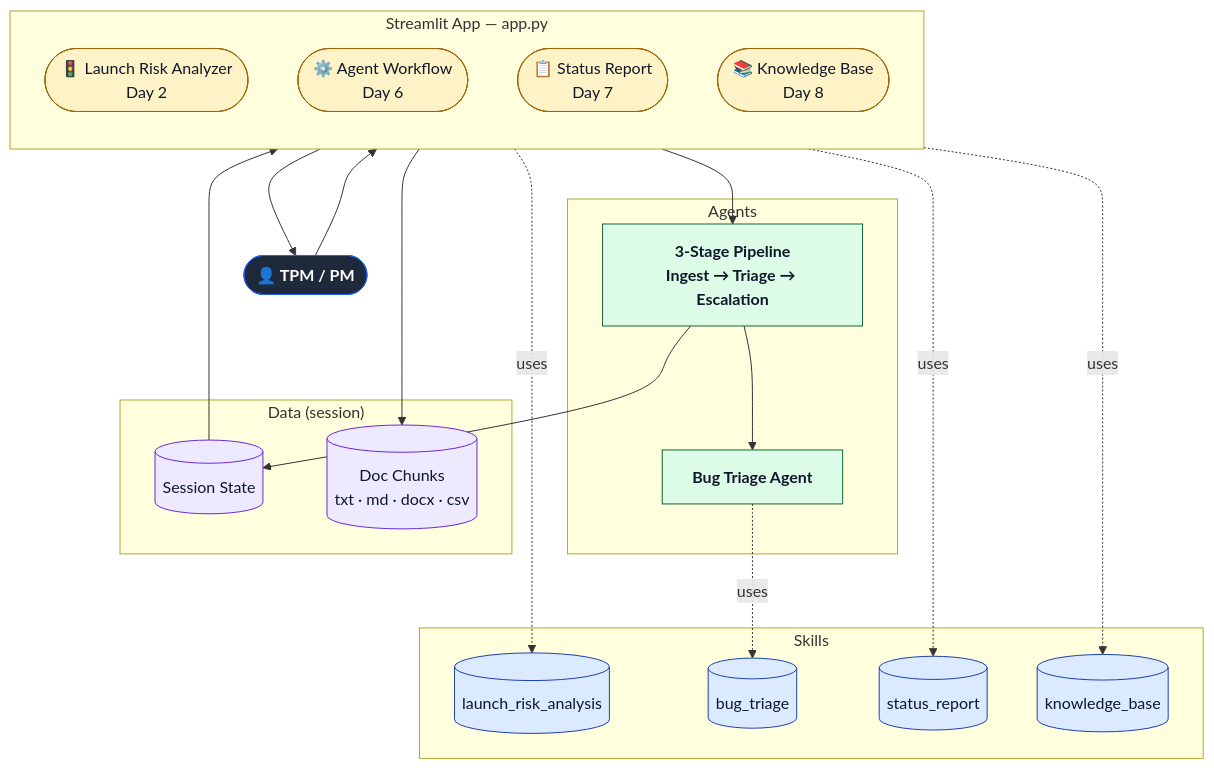
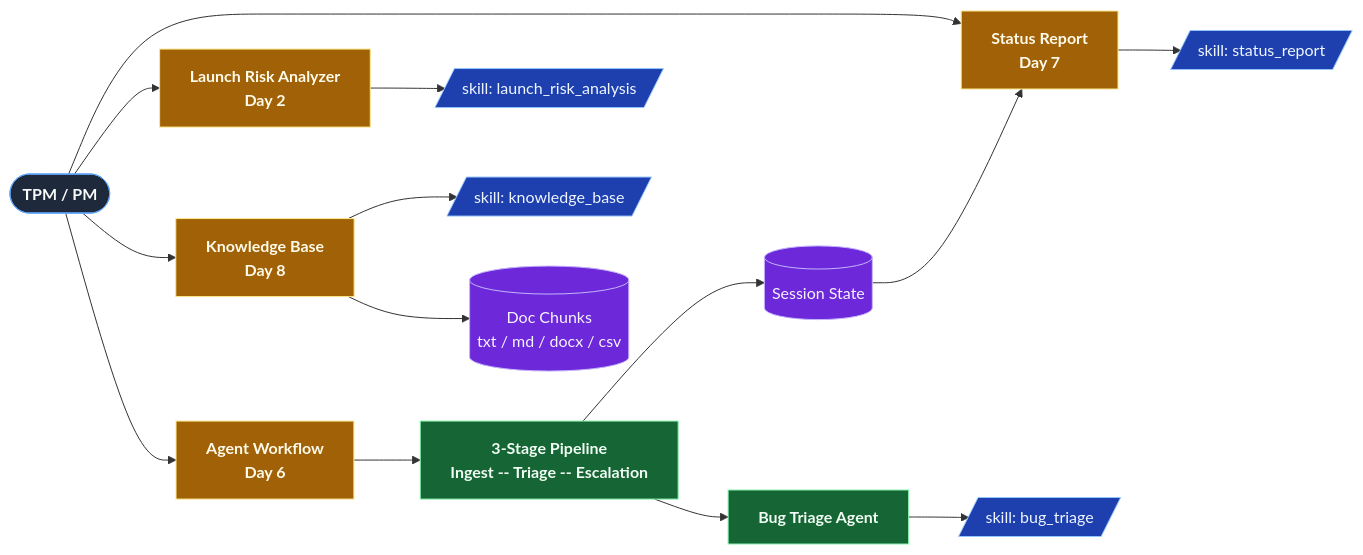
One commit to shwsingh/pm-tpm-ai-tools changed the second of 2 diagrams in README.md. Above: the diagram before and after it, drawn with Mermaid.

Commit message:
Fix Mermaid architecture diagram layout
Replaced subgraphed flowchart TB with a flat flowchart LR. The previous
version had inter-subgraph edges that caused Mermaid to break subgraph
boundaries, scatter nodes, and tangle arrows. The flat version uses node
shapes + classDef colors for visual grouping instead of containers, so
the renderer has a clean DAG to lay out.

Also removed emoji from node labels (some renderers strip or misalign
them) and shifted classDef colors to dark fills with light strokes so
the diagram is readable on the docs site's dark background.

````diff
--- a/README.md
+++ b/README.md
@@ -100,47 +100,41 @@
 ```mermaid
-flowchart TB
-    User(["👤 TPM / PM"]):::user
+flowchart LR
+    User(["TPM / PM"]):::user
 
-    subgraph APP["Streamlit App — app.py"]
-        direction TB
-        LRA(["🚦 Launch Risk Analyzer\nDay 2"]):::ui
-        WF(["⚙️ Agent Workflow\nDay 6"]):::ui
-        SR(["📋 Status Report\nDay 7"]):::ui
-        KB(["📚 Knowledge Base\nDay 8"]):::ui
-    end
+    LRA["Launch Risk Analyzer<br/>Day 2"]:::ui
+    WF["Agent Workflow<br/>Day 6"]:::ui
+    SR["Status Report<br/>Day 7"]:::ui
+    KB["Knowledge Base<br/>Day 8"]:::ui
 
-    subgraph AGENTS["Agents"]
-        PIPE["3-Stage Pipeline\nIngest → Triage → Escalation"]:::agent
-        BTA["Bug Triage Agent"]:::agent
-    end
+    PIPE["3-Stage Pipeline<br/>Ingest -- Triage -- Escalation"]:::agent
+    BTA["Bug Triage Agent"]:::agent
 
-    subgraph SKILLS["Skills"]
-        S_LR[("launch_risk_analysis")]:::skill
-        S_BUG[("bug_triage")]:::skill
-        S_SR[("status_report")]:::skill
-        S_KB[("knowledge_base")]:::skill
-    end
+    S_LR[/"skill: launch_risk_analysis"/]:::skill
+    S_BUG[/"skill: bug_triage"/]:::skill
+    S_SR[/"skill: status_report"/]:::skill
+    S_KB[/"skill: knowledge_base"/]:::skill
 
-    subgraph DATA["Data (session)"]
-        SS[("Session State")]:::store
-        CHUNKS[("Doc Chunks\ntxt · md · docx · csv")]:::store
-    end
+    SS[("Session State")]:::store
+    CHUNKS[("Doc Chunks<br/>txt / md / docx / csv")]:::store
 
-    User --> APP
+    User --> LRA
+    User --> WF
+    User --> SR
+    User --> KB
+
+    LRA --> S_LR
     WF --> PIPE
     PIPE --> BTA
+    BTA --> S_BUG
     PIPE --> SS
     SS --> SR
+    SR --> S_SR
     KB --> CHUNKS
-    BTA -. uses .-> S_BUG
-    LRA -. uses .-> S_LR
-    SR -. uses .-> S_SR
-    KB -. uses .-> S_KB
-    APP --> User
+    KB --> S_KB
 
-    classDef user fill:#1e293b,stroke:#2563eb,color:#fff,font-weight:bold
-    classDef ui fill:#fef3c7,stroke:#a16207,color:#0f172a
-    classDef agent fill:#dcfce7,stroke:#166534,color:#0f172a,font-weight:bold
-    classDef skill fill:#dbeafe,stroke:#1e40af,color:#0f172a
-    classDef store fill:#ede9fe,stroke:#6d28d9,color:#0f172a
+    classDef user fill:#1e293b,stroke:#60a5fa,color:#f8fafc,font-weight:bold
+    classDef ui fill:#a16207,stroke:#fde68a,color:#fffbeb,font-weight:bold
+    classDef agent fill:#166534,stroke:#86efac,color:#f0fdf4,font-weight:bold
+    classDef skill fill:#1e40af,stroke:#93c5fd,color:#eff6ff
+    classDef store fill:#6d28d9,stroke:#c4b5fd,color:#f5f3ff
 ```
````
